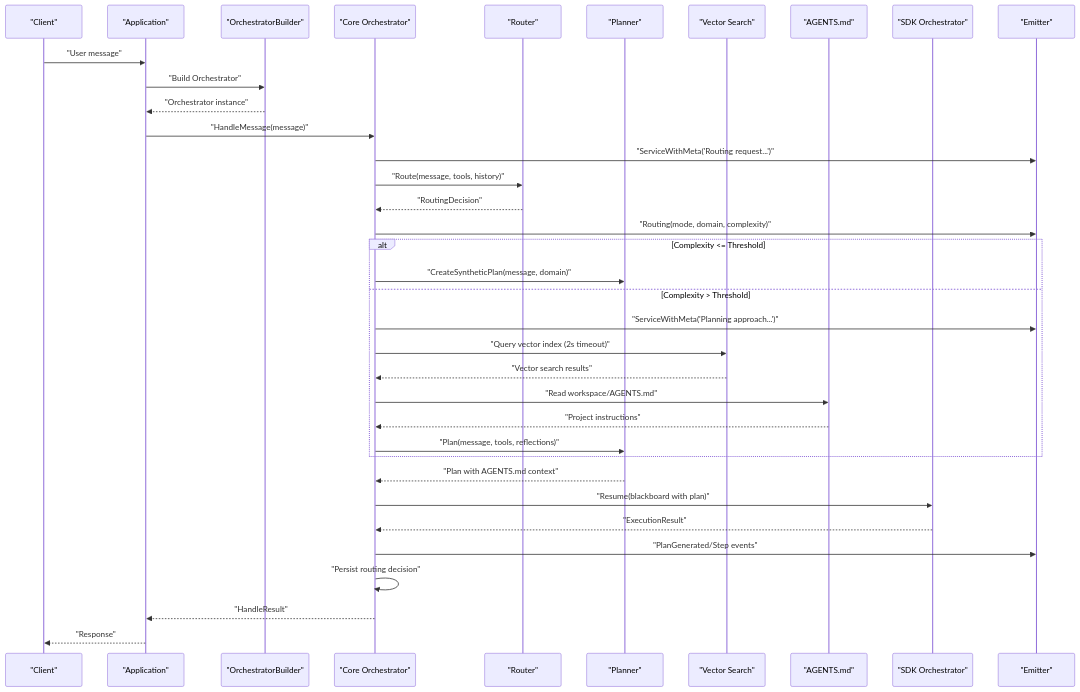
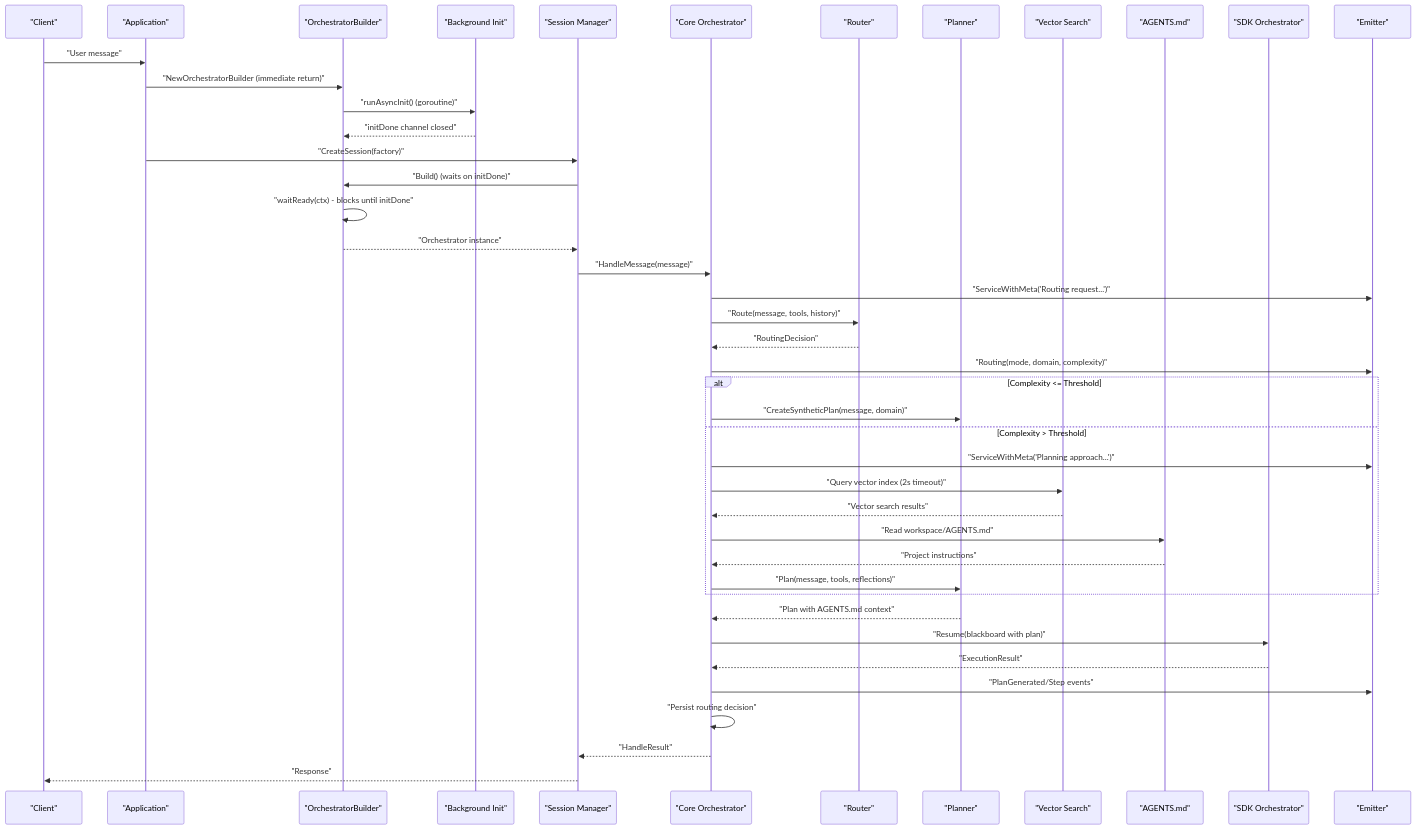
The second of 15 diagrams in .qoder/repowiki/en/content/Core AI Engine/Orchestrator Architecture.md (v0lka/c0wrk), drawn with Mermaid before and after one commit. The commit also changed other lines of this file and 8 other files, not shown here.

````diff
--- a/.qoder/repowiki/en/content/Core AI Engine/Orchestrator Architecture.md
+++ b/.qoder/repowiki/en/content/Core AI Engine/Orchestrator Architecture.md
@@ -147,38 +156,45 @@
 ```mermaid
 sequenceDiagram
 participant Client as "Client"
 participant App as "Application"
 participant Builder as "OrchestratorBuilder"
+participant AsyncInit as "Background Init"
+participant SessionMgr as "Session Manager"
 participant Orchestrator as "Core Orchestrator"
 participant Router as "Router"
 participant Planner as "Planner"
 participant VectorSearch as "Vector Search"
 participant AGENTS as "AGENTS.md"
 participant SDK as "SDK Orchestrator"
 participant Emitter as "Emitter"
 Client->>App : "User message"
-App->>Builder : "Build Orchestrator"
-Builder-->>App : "Orchestrator instance"
-App->>Orchestrator : "HandleMessage(message)"
+App->>Builder : "NewOrchestratorBuilder (immediate return)"
+Builder->>AsyncInit : "runAsyncInit() (goroutine)"
+AsyncInit-->>Builder : "initDone channel closed"
+App->>SessionMgr : "CreateSession(factory)"
+SessionMgr->>Builder : "Build() (waits on initDone)"
+Builder->>Builder : "waitReady(ctx) - blocks until initDone"
+Builder-->>SessionMgr : "Orchestrator instance"
+SessionMgr->>Orchestrator : "HandleMessage(message)"
 Orchestrator->>Emitter : "ServiceWithMeta('Routing request...')"
 Orchestrator->>Router : "Route(message, tools, history)"
 Router-->>Orchestrator : "RoutingDecision"
 Orchestrator->>Emitter : "Routing(mode, domain, complexity)"
 alt Complexity <= Threshold
 Orchestrator->>Planner : "CreateSyntheticPlan(message, domain)"
 else Complexity > Threshold
 Orchestrator->>Emitter : "ServiceWithMeta('Planning approach...')"
 Orchestrator->>VectorSearch : "Query vector index (2s timeout)"
 VectorSearch-->>Orchestrator : "Vector search results"
 Orchestrator->>AGENTS : "Read workspace/AGENTS.md"
 AGENTS-->>Orchestrator : "Project instructions"
 Orchestrator->>Planner : "Plan(message, tools, reflections)"
 end
 Planner-->>Orchestrator : "Plan with AGENTS.md context"
 Orchestrator->>SDK : "Resume(blackboard with plan)"
 SDK-->>Orchestrator : "ExecutionResult"
 Orchestrator->>Emitter : "PlanGenerated/Step events"
 Orchestrator->>Orchestrator : "Persist routing decision"
-Orchestrator-->>App : "HandleResult"
-App-->>Client : "Response"
+Orchestrator-->>SessionMgr : "HandleResult"
+SessionMgr-->>Client : "Response"
 ```
````
